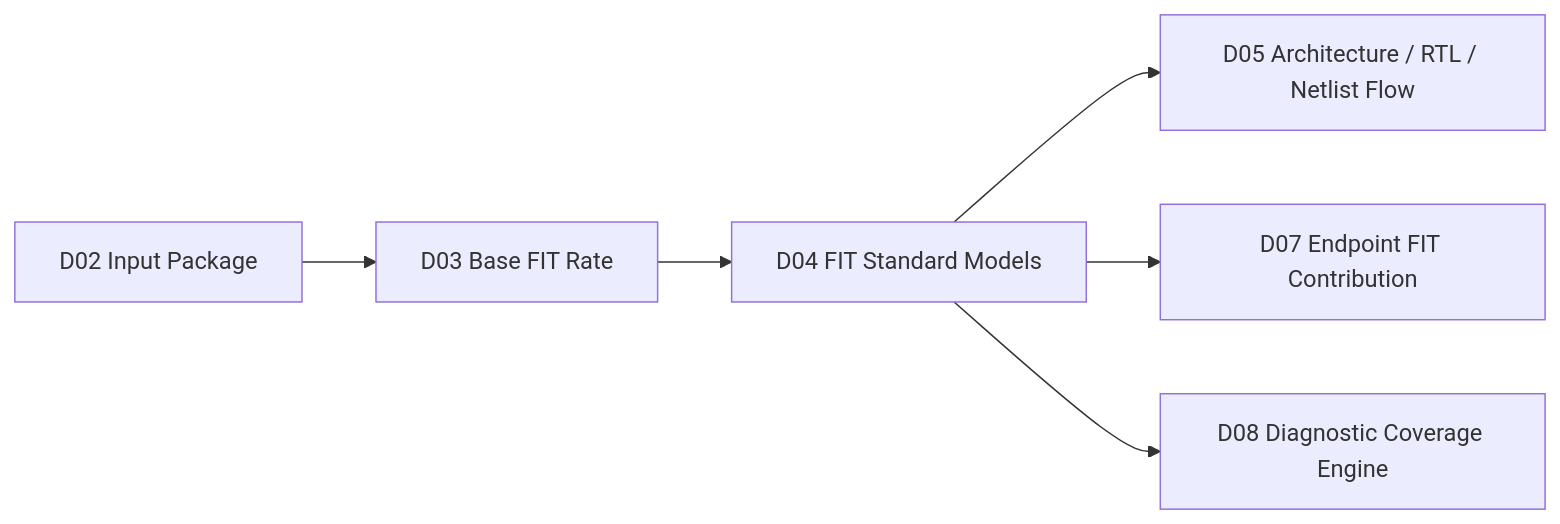
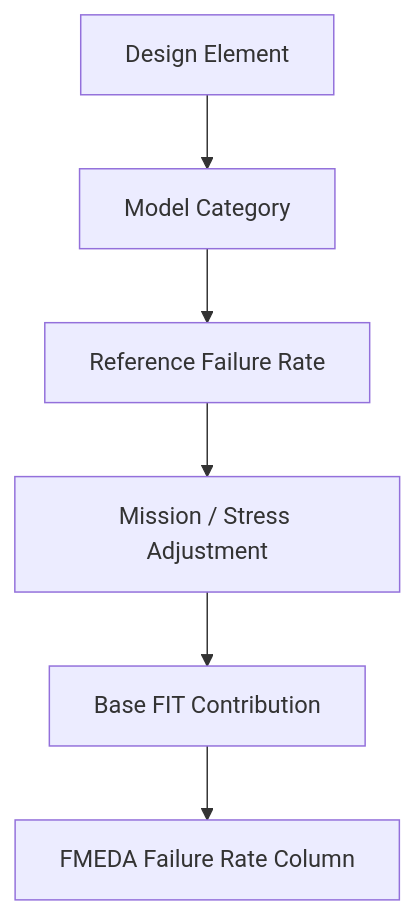
One commit to qiqixixi1001/automotive-safeic-practice changed the second of 9 diagrams in articles/04_automotive_safeic_practice_d04_github_en_generic.md. Above: the diagram before and after it, drawn with Mermaid. The commit also changed other lines of this file, not shown here.

````diff
--- a/articles/04_automotive_safeic_practice_d04_github_en_generic.md
+++ b/articles/04_automotive_safeic_practice_d04_github_en_generic.md
@@ -157,8 +129,8 @@
 ```mermaid
-flowchart LR
-    A[D02 Input Package] --> B[D03 Base FIT Rate]
-    B --> C[D04 FIT Standard Models]
-    C --> D[D05 Architecture / RTL / Netlist Flow]
-    C --> E[D07 Endpoint FIT Contribution]
-    C --> F[D08 Diagnostic Coverage Engine]
+flowchart TD
+    A[Design Element] --> B[Model Category]
+    B --> C[Reference Failure Rate]
+    C --> D[Mission / Stress Adjustment]
+    D --> E[Base FIT Contribution]
+    E --> F[FMEDA Failure Rate Column]
 ```
````
